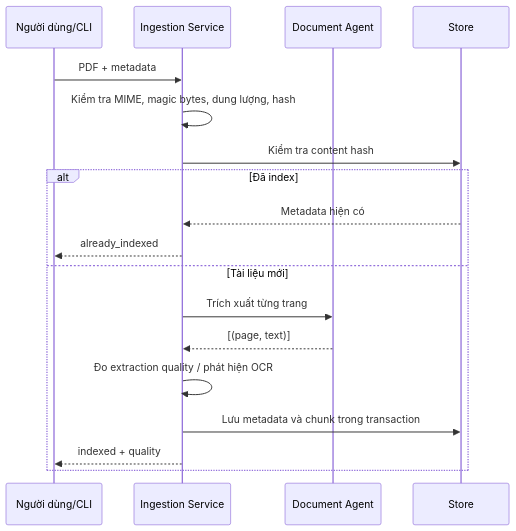
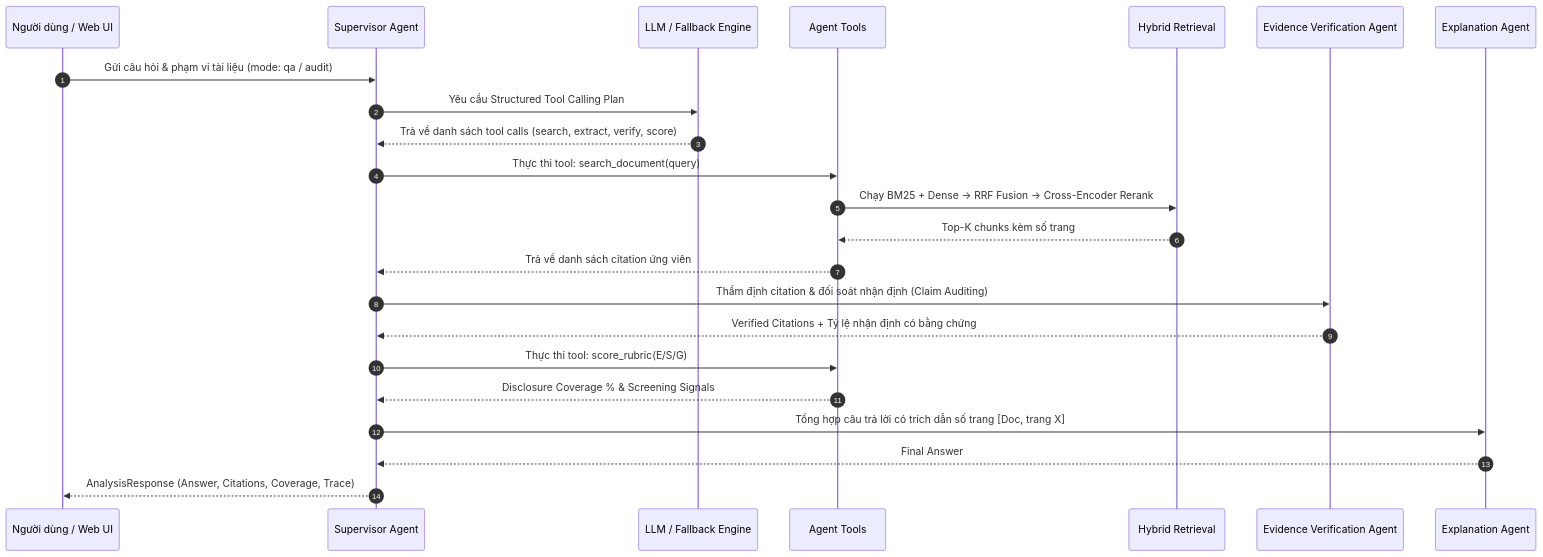
Before and after one commit to haminhthong/Multi-Agent-ESG-Report-Analyst: the second of 2 diagrams in docs/ARCHITECTURE.md, drawn with Mermaid. The commit also changed other lines of this file and 42 other files, not shown here.

````diff
--- a/docs/ARCHITECTURE.md
+++ b/docs/ARCHITECTURE.md
@@ -30,20 +78,26 @@
 ```mermaid
 sequenceDiagram
-    participant U as Người dùng/CLI
-    participant S as Ingestion Service
-    participant D as Document Agent
-    participant DB as Store
-    U->>S: PDF + metadata
-    S->>S: Kiểm tra MIME, magic bytes, dung lượng, hash
-    S->>DB: Kiểm tra content hash
-    alt Đã index
-        DB-->>S: Metadata hiện có
-        S-->>U: already_indexed
-    else Tài liệu mới
-        S->>D: Trích xuất từng trang
-        D-->>S: [(page, text)]
-        S->>S: Đo extraction quality / phát hiện OCR
-        S->>DB: Lưu metadata và chunk trong transaction
-        S-->>U: indexed + quality
-    end
+    autonumber
+    participant U as Người dùng / Web UI
+    participant S as Supervisor Agent
+    participant L as LLM / Fallback Engine
+    participant T as Agent Tools
+    participant R as Hybrid Retrieval
+    participant V as Evidence Verification Agent
+    participant E as Explanation Agent
+
+    U->>S: Gửi câu hỏi & phạm vi tài liệu (mode: qa / audit)
+    S->>L: Yêu cầu Structured Tool Calling Plan
+    L-->>S: Trả về danh sách tool calls (search, extract, verify, score)
+    S->>T: Thực thi tool: search_document(query)
+    T->>R: Chạy BM25 + Dense -> RRF Fusion -> Cross-Encoder Rerank
+    R-->>T: Top-K chunks kèm số trang
+    T-->>S: Trả về danh sách citation ứng viên
+    S->>V: Thẩm định citation & đối soát nhận định (Claim Auditing)
+    V-->>S: Verified Citations + Tỷ lệ nhận định có bằng chứng
+    S->>T: Thực thi tool: score_rubric(E/S/G)
+    T-->>S: Disclosure Coverage % & Screening Signals
+    S->>E: Tổng hợp câu trả lời có trích dẫn số trang [Doc, trang X]
+    E-->>S: Final Answer
+    S-->>U: AnalysisResponse (Answer, Citations, Coverage, Trace)
 ```
````
